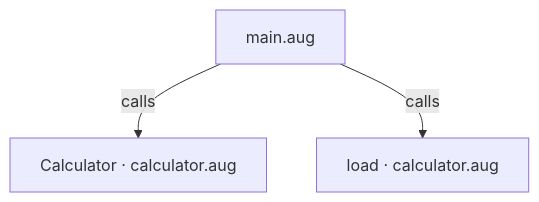
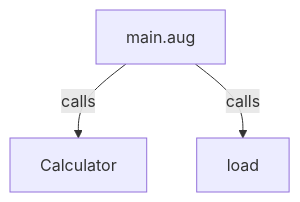
One commit to GreenPandaStudios/augscript changed the first of 3 diagrams in docs/examples/developer-workflow/main-diagrams.md. Above: the diagram before and after it, drawn with Mermaid. The commit also changed other lines of this file and 524 other files, not shown here.

Commit message:
Explain checked data flow at folder and service levels

````diff
--- a/docs/examples/developer-workflow/main-diagrams.md
+++ b/docs/examples/developer-workflow/main-diagrams.md
@@ -19,8 +19,8 @@
 ```mermaid
 flowchart TD
-    n0["Calculator · calculator.aug"]
-    n1["load · calculator.aug"]
+    n0["Calculator"]
+    n1["load"]
     n2["main.aug"]
     n2 -->|"calls"| n0
     n2 -->|"calls"| n1
 ```
````
